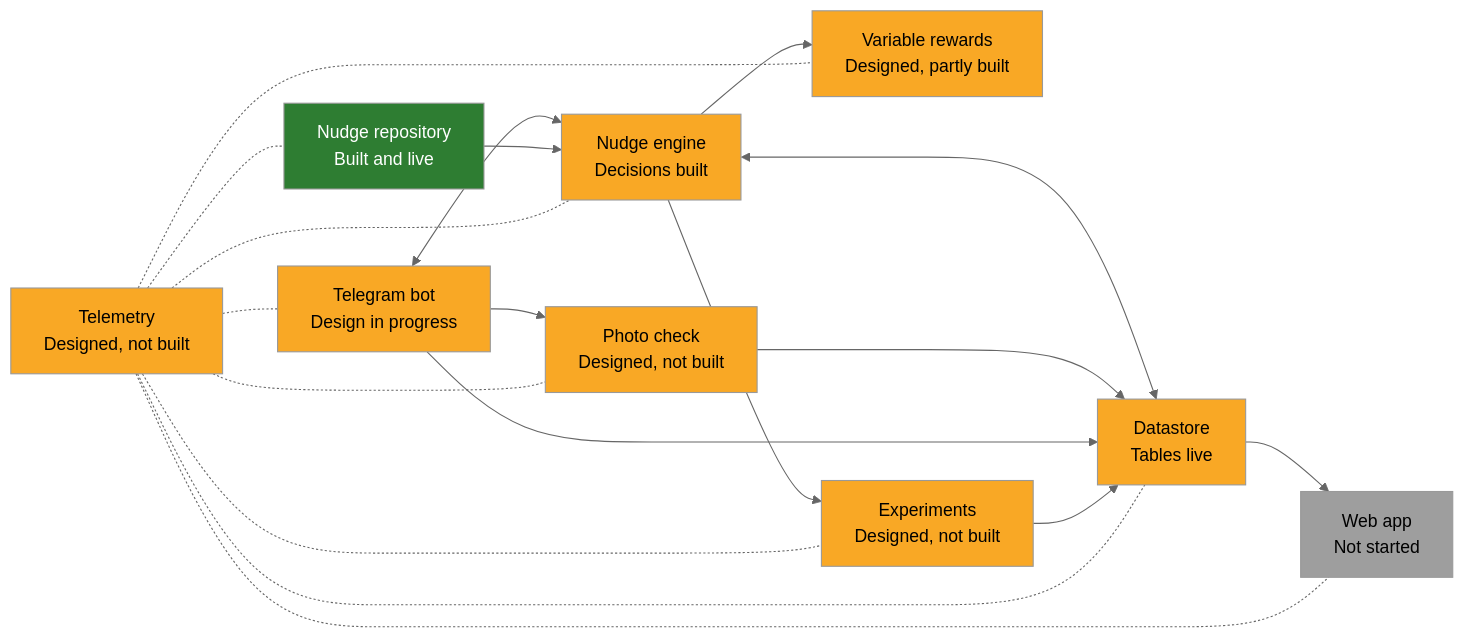
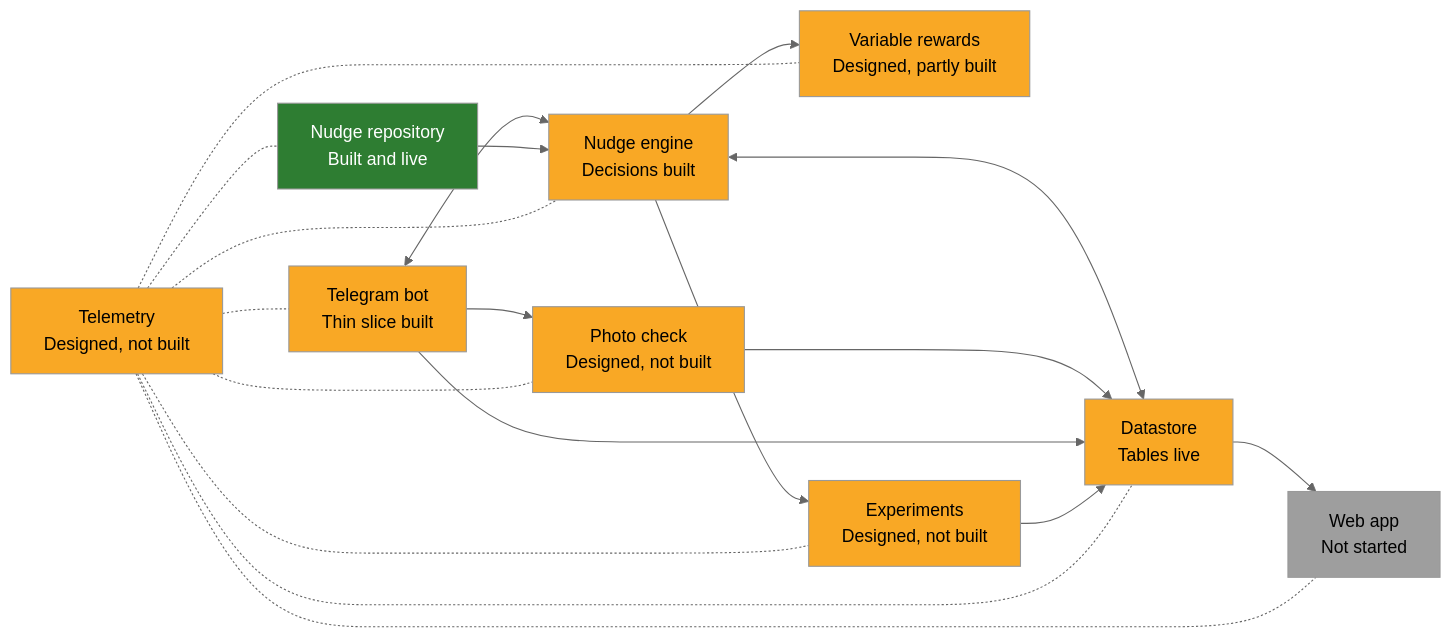
The diagram in docs/ARCHITECTURE.md (WeiLieh/FamilyHabitBuilder), drawn with Mermaid (neutral theme) before and after one commit. The commit also changed 28 other files, not shown here.

First line of the commit message:
Thin slice 1: the Telegram bot's first code, test-first

````diff
--- a/docs/ARCHITECTURE.md
+++ b/docs/ARCHITECTURE.md
@@ -5,35 +5,35 @@
 ```mermaid
 flowchart LR
-    telegram["Telegram bot<br/>Design in progress"]:::part
+    telegram["Telegram bot<br/>Thin slice built"]:::part
     engine["Nudge engine<br/>Decisions built"]:::part
     repository["Nudge repository<br/>Built and live"]:::done
     photo["Photo check<br/>Designed, not built"]:::part
     rewards["Variable rewards<br/>Designed, partly built"]:::part
     datastore["Datastore<br/>Tables live"]:::part
     webapp["Web app<br/>Not started"]:::todo
     telemetry["Telemetry<br/>Designed, not built"]:::part
     experiments["Experiments<br/>Designed, not built"]:::part
 
     telegram <--> engine
     repository --> engine
     engine --> rewards
     engine <--> datastore
     telegram --> photo
     photo --> datastore
     telegram --> datastore
     datastore --> webapp
     engine --> experiments
     experiments --> datastore
     telemetry -.- telegram
     telemetry -.- engine
     telemetry -.- repository
     telemetry -.- photo
     telemetry -.- rewards
     telemetry -.- datastore
     telemetry -.- webapp
     telemetry -.- experiments
 
     classDef done fill:#2e7d32,color:#ffffff
     classDef part fill:#f9a825,color:#000000
     classDef todo fill:#9e9e9e,color:#000000
 ```
````
